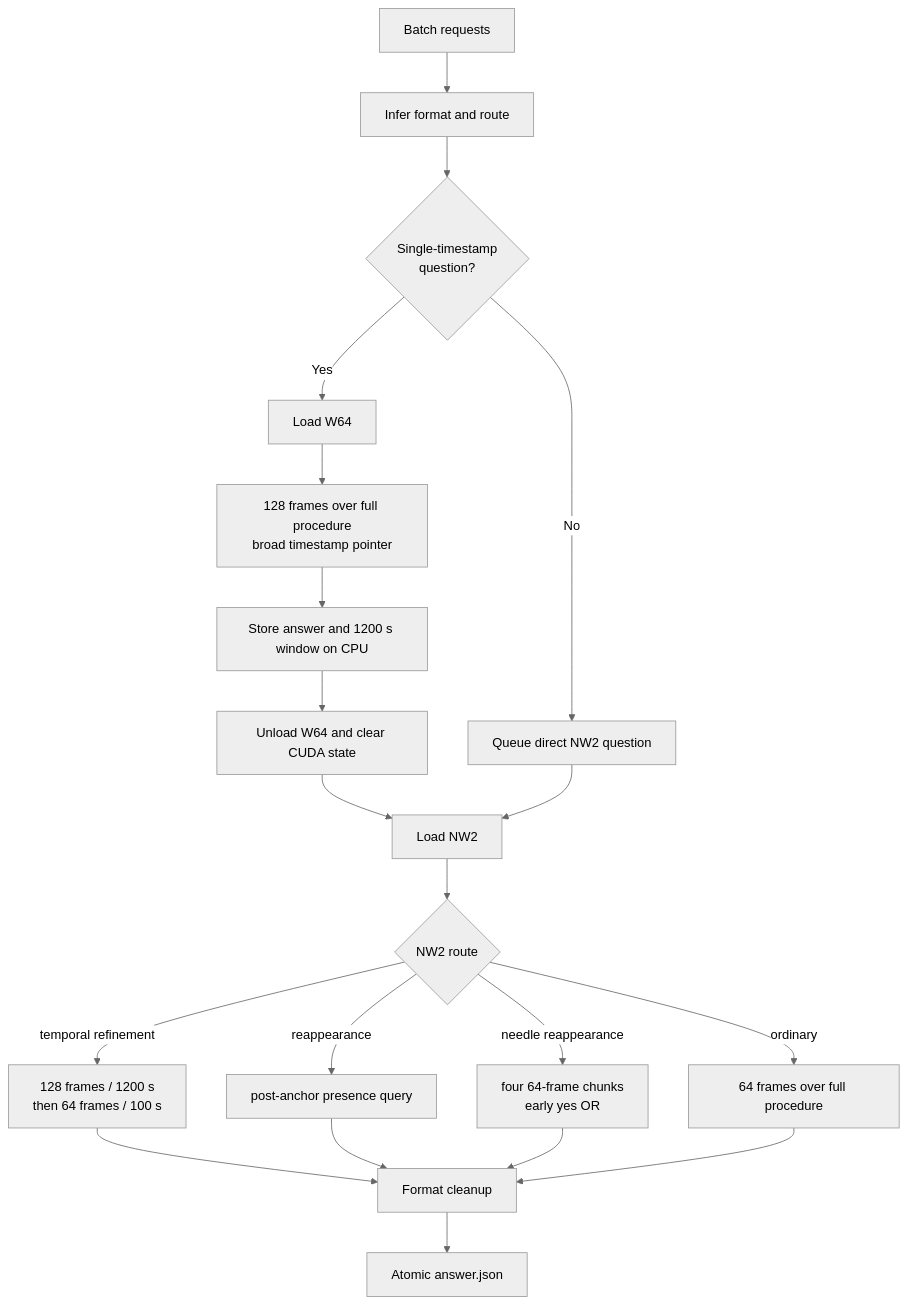
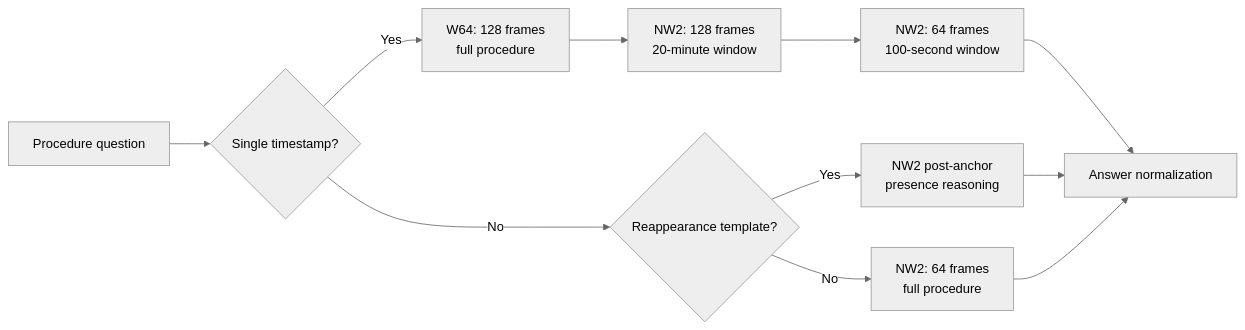
The diagram in METHOD_DESCRIPTION.md (mdivyanshu97/orena-focus-procedure), drawn with Mermaid (neutral theme) before and after one commit. The commit also changed other lines of this file and 3 other files, not shown here.

````diff
--- a/METHOD_DESCRIPTION.md
+++ b/METHOD_DESCRIPTION.md
@@ -49,22 +47,13 @@
 ```mermaid
-flowchart TD
-    A["Batch requests"] --> B["Infer format and route"]
-    B --> C{"Single-timestamp<br/>question?"}
-    C -- Yes --> D["Load W64"]
-    D --> E["128 frames over full procedure<br/>broad timestamp pointer"]
-    E --> F["Store answer and 1200 s window on CPU"]
-    F --> G["Unload W64 and clear CUDA state"]
-    C -- No --> H["Queue direct NW2 question"]
-    G --> I["Load NW2"]
+flowchart LR
+    A["Procedure question"] --> B{"Single timestamp?"}
+    B -- Yes --> C["W64: 128 frames<br/>full procedure"]
+    C --> D["NW2: 128 frames<br/>20-minute window"]
+    D --> E["NW2: 64 frames<br/>100-second window"]
+    B -- No --> F{"Reappearance template?"}
+    F -- Yes --> G["NW2 post-anchor<br/>presence reasoning"]
+    F -- No --> H["NW2: 64 frames<br/>full procedure"]
+    E --> I["Answer normalization"]
+    G --> I
     H --> I
-    I --> J{"NW2 route"}
-    J -- "temporal refinement" --> K["128 frames / 1200 s<br/>then 64 frames / 100 s"]
-    J -- "reappearance" --> L["post-anchor presence query"]
-    J -- "needle reappearance" --> M["four 64-frame chunks<br/>early yes OR"]
-    J -- "ordinary" --> N["64 frames over full procedure"]
-    K --> O["Format cleanup"]
-    L --> O
-    M --> O
-    N --> O
-    O --> P["Atomic answer.json"]
 ```
````
